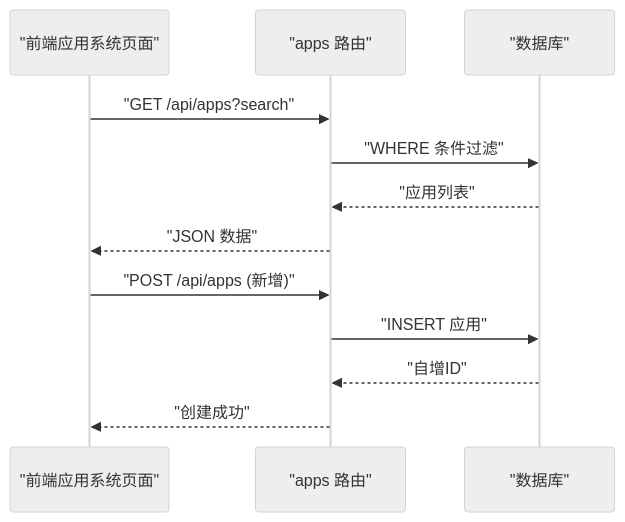
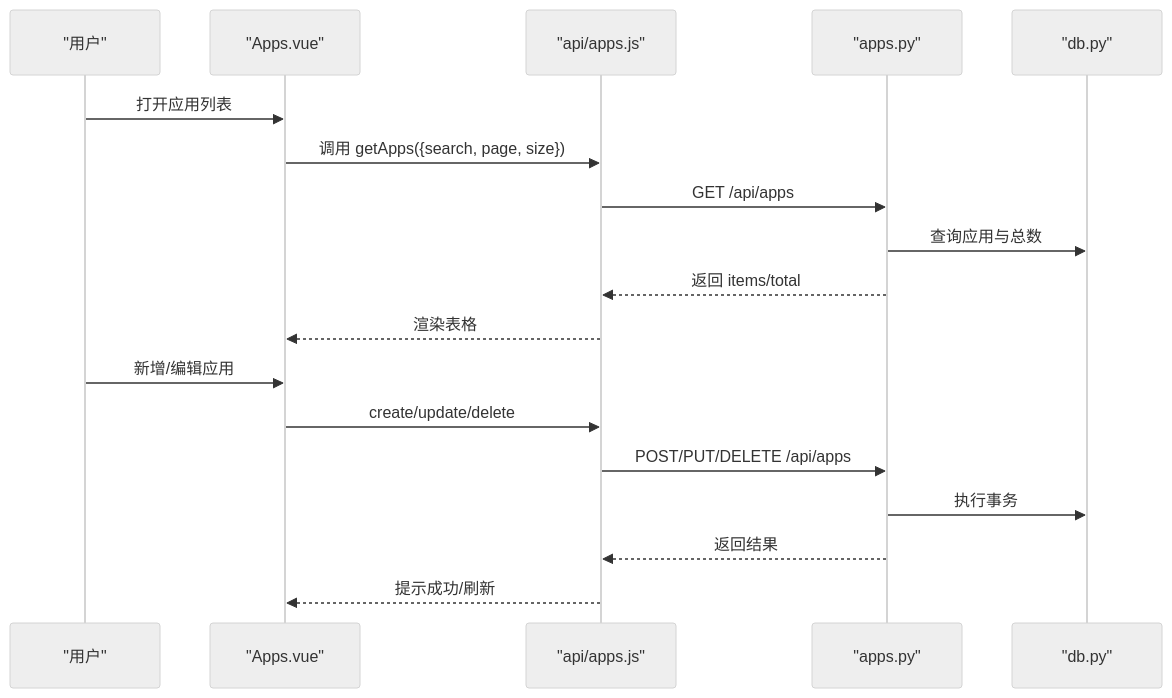
One commit to ismine3/OPS changed the sixth of 8 diagrams in .qoder/repowiki/zh/content/核心功能模块/核心功能模块.md. Above: the diagram before and after it, drawn with Mermaid (neutral theme). The commit also changed other lines of this file and 109 other files, not shown here.

````diff
--- a/.qoder/repowiki/zh/content/核心功能模块/核心功能模块.md
+++ b/.qoder/repowiki/zh/content/核心功能模块/核心功能模块.md
@@ -306,14 +339,20 @@
 ```mermaid
 sequenceDiagram
-participant FE as "前端应用系统页面"
-participant API as "apps 路由"
-participant DB as "数据库"
-FE->>API : "GET /api/apps?search"
-API->>DB : "WHERE 条件过滤"
-DB-->>API : "应用列表"
-API-->>FE : "JSON 数据"
-FE->>API : "POST /api/apps (新增)"
-API->>DB : "INSERT 应用"
-DB-->>API : "自增ID"
-API-->>FE : "创建成功"
+participant U as "用户"
+participant V as "Apps.vue"
+participant A as "api/apps.js"
+participant R as "apps.py"
+participant D as "db.py"
+U->>V : 打开应用列表
+V->>A : 调用 getApps({search, page, size})
+A->>R : GET /api/apps
+R->>D : 查询应用与总数
+R-->>A : 返回 items/total
+A-->>V : 渲染表格
+U->>V : 新增/编辑应用
+V->>A : create/update/delete
+A->>R : POST/PUT/DELETE /api/apps
+R->>D : 执行事务
+R-->>A : 返回结果
+A-->>V : 提示成功/刷新
 ```
````
